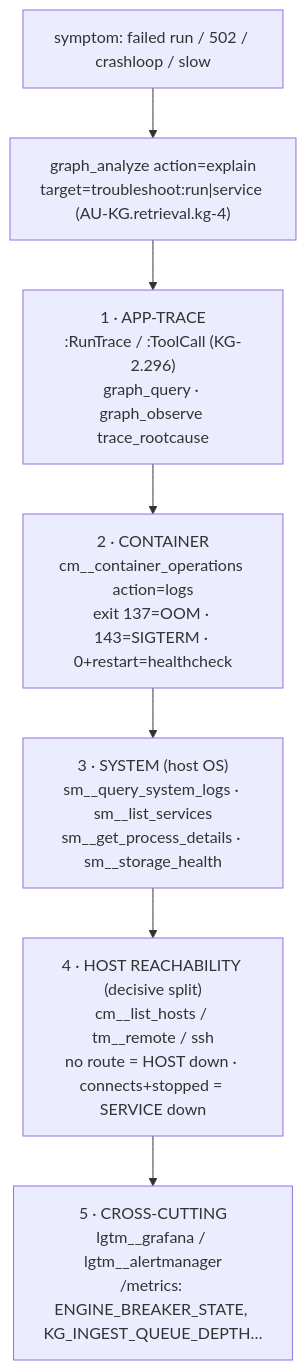
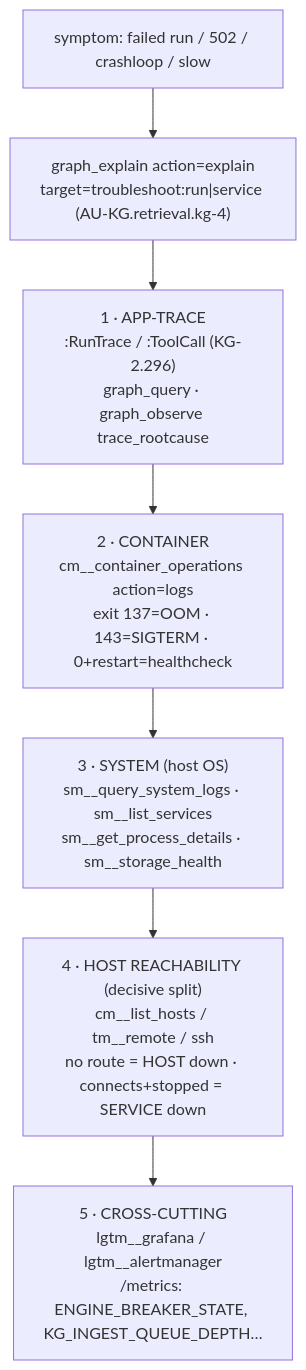
One commit to Knuckles-Team/agent-utilities changed the diagram in docs/architecture/troubleshooting.md. Above: the diagram before and after it, drawn with Mermaid. The commit also changed other lines of this file and 3818 other files, not shown here.

````diff
--- a/docs/architecture/troubleshooting.md
+++ b/docs/architecture/troubleshooting.md
@@ -103,9 +105,9 @@
 ```mermaid
 flowchart TD
-    S["symptom: failed run / 502 / crashloop / slow"] --> D["graph_analyze action=explain<br/>target=troubleshoot:run|service (AU-KG.retrieval.kg-4)"]
+    S["symptom: failed run / 502 / crashloop / slow"] --> D["graph_explain action=explain<br/>target=troubleshoot:run|service (AU-KG.retrieval.kg-4)"]
     D --> L1["1 · APP-TRACE<br/>:RunTrace / :ToolCall (KG-2.296)<br/>graph_query · graph_observe trace_rootcause"]
     L1 --> L2["2 · CONTAINER<br/>cm__container_operations action=logs<br/>exit 137=OOM · 143=SIGTERM · 0+restart=healthcheck"]
     L2 --> L3["3 · SYSTEM (host OS)<br/>sm__query_system_logs · sm__list_services<br/>sm__get_process_details · sm__storage_health"]
     L3 --> L4["4 · HOST REACHABILITY (decisive split)<br/>cm__list_hosts / tm__remote / ssh<br/>no route = HOST down · connects+stopped = SERVICE down"]
     L4 --> L5["5 · CROSS-CUTTING<br/>lgtm__grafana / lgtm__alertmanager<br/>/metrics: ENGINE_BREAKER_STATE, KG_INGEST_QUEUE_DEPTH…"]
 ```
````
